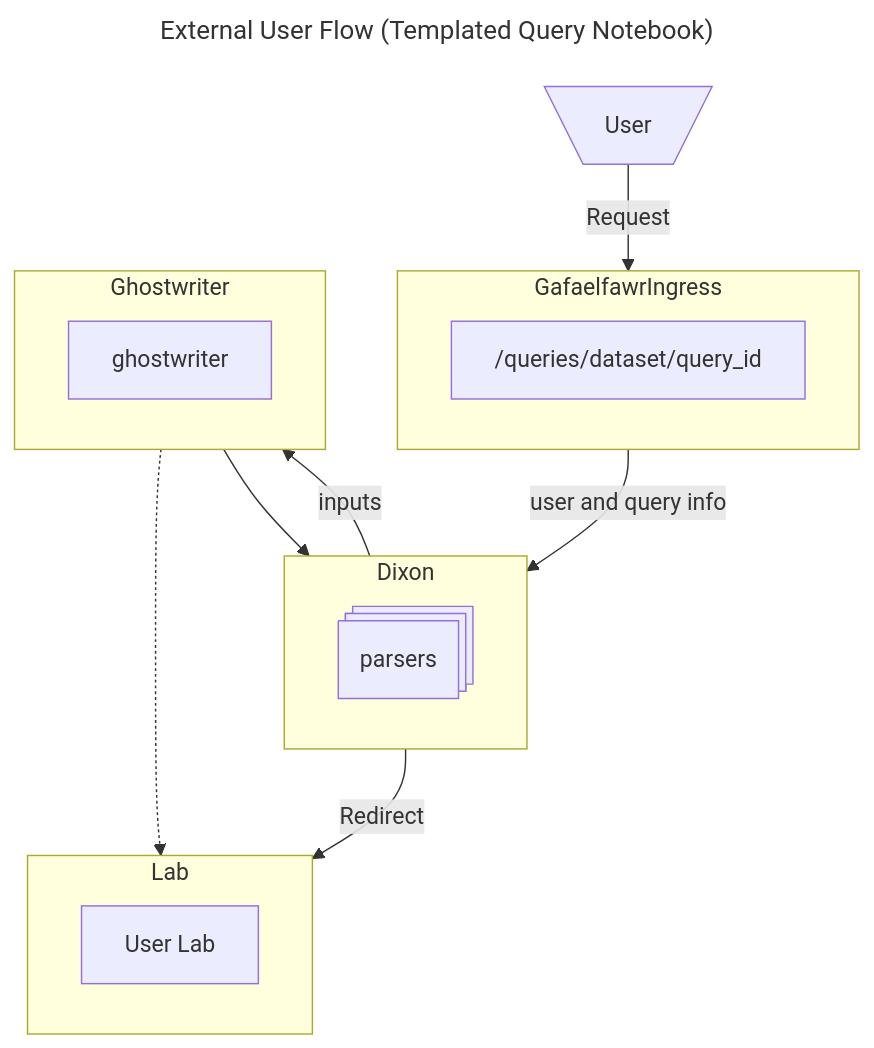
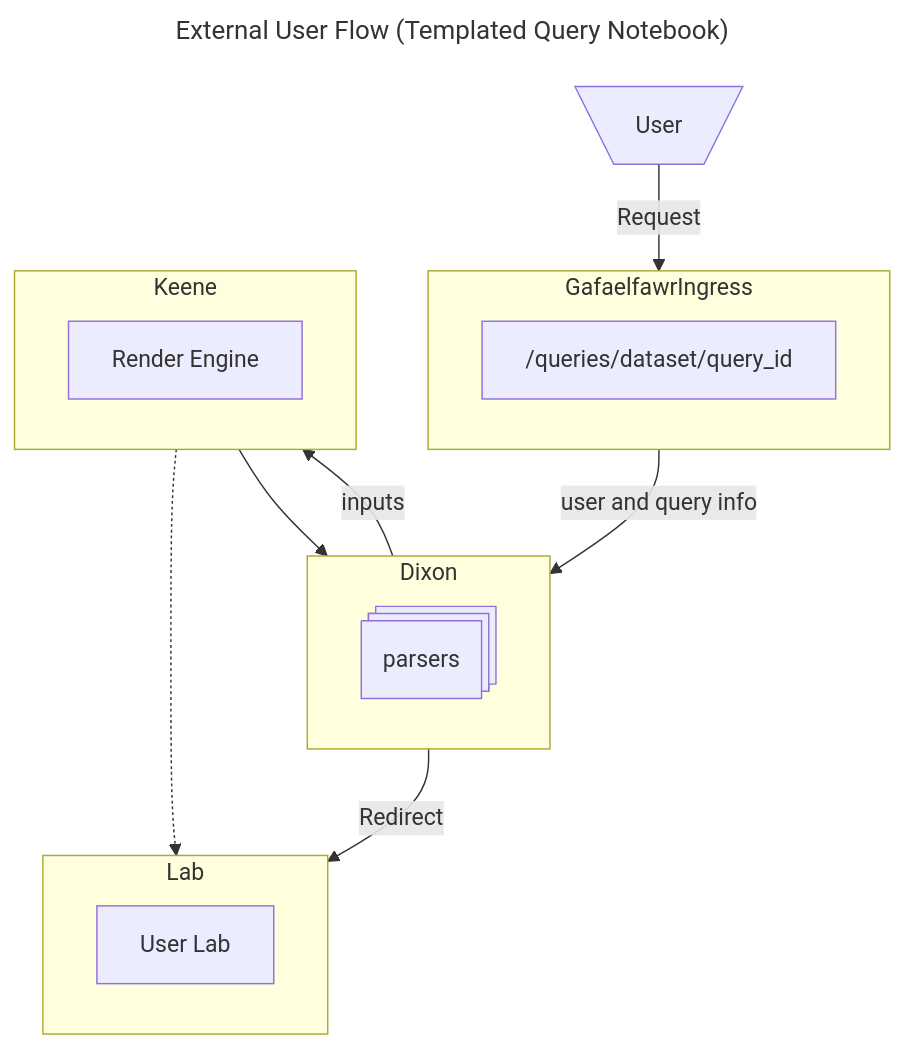
Before and after one commit to lsst-sqre/sqr-110: the first of 5 diagrams in index.md, drawn with Mermaid. The commit also changed other lines of this file, not shown here.

Commit message:
Rename backend service to Keene

````diff
--- a/index.md
+++ b/index.md
@@ -37,31 +37,31 @@
 ```mermaid
 ---
 
 title: External User Flow (Templated Query Notebook)
 ---
 
 graph TB
   user@{ shape: trap-t, label: "User" }
   subgraph GafaelfawrIngress
     direction LR
     query@{ shape: rect, label: "/queries/dataset/query_id" }
   end
   subgraph Dixon
     direction LR
     query-->|user and query info|parsers@{ shape: st-rect }
   end
-  subgraph Ghostwriter
+  subgraph Keene
     direction LR
-    ghostwriter
+    render@{ shape: rect, label: "Render Engine" }
   end
   subgraph Lab
     direction LR
     lab@{ shape: rect, label: "User Lab"}
   end
-  parsers-->|inputs|Ghostwriter
-  Ghostwriter-->Dixon
-  Ghostwriter-.->lab
+  parsers-->|inputs|Keene
+  Keene-->Dixon
+  Keene-.->lab
   user-->|Request|GafaelfawrIngress
   Dixon-->|Redirect|lab
 
 ```
````
